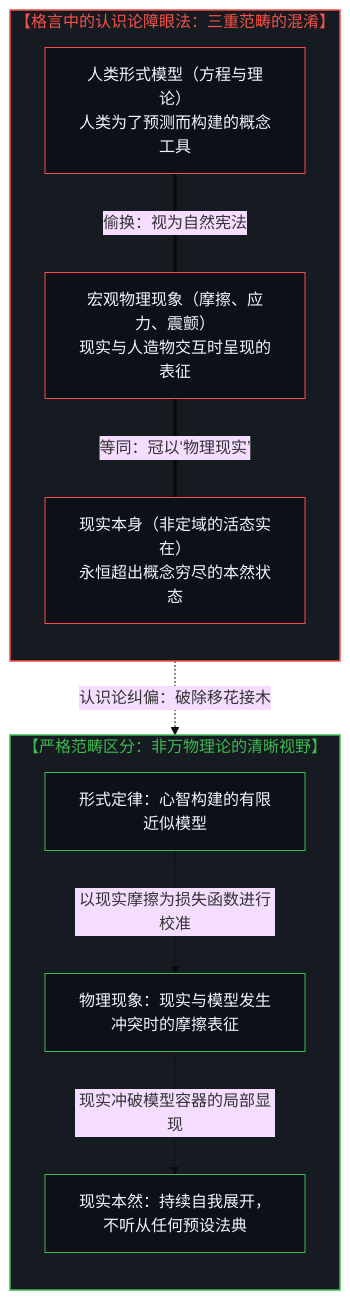
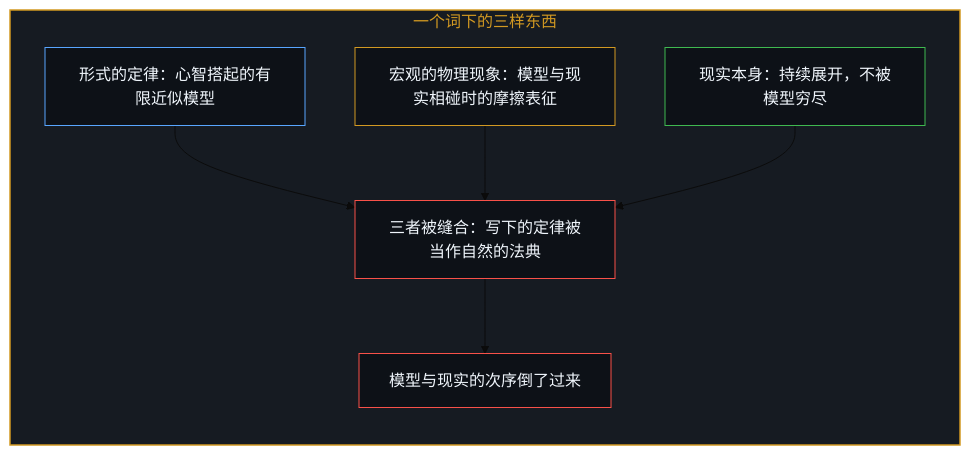
Before and after one commit to powerpig99/not-a-toe: the first of 10 diagrams in content/posts/the-sleight-of-hand-in-physics-is-the-law-and-the-friction-of-reality.md, drawn with Mermaid (base theme). The commit also changed other lines of this file and 2 other files, not shown here.

Commit message:
Refine the-sleight-of-hand-in-physics-is-the-law: alternating bilingual layout, five paired diagrams, the boundary of observation, implicit first person

````diff
--- a/content/posts/the-sleight-of-hand-in-physics-is-the-law-and-the-friction-of-reality.md
+++ b/content/posts/the-sleight-of-hand-in-physics-is-the-law-and-the-friction-of-reality.md
@@ -27,31 +21,22 @@
 ```mermaid
-graph TD
-    subgraph S_Confusion["【格言中的认识论障眼法：三重范畴的混淆】"]
+flowchart TD
+    subgraph S_Three["一个词下的三样东西"]
         direction TB
-        C1["人类形式模型（方程与理论）<br/>人类为了预测而构建的概念工具"]
-        C2["宏观物理现象（摩擦、应力、震颤）<br/>现实与人造物交互时呈现的表征"]
-        C3["现实本身（非定域的活态实在）<br/>永恒超出概念穷尽的本然状态"]
-        C1 ===|"偷换：视为自然宪法"| C2
-        C2 ===|"等同：冠以‘物理现实’"| C3
+        Model["形式的定律：心智搭起的有限近似模型"]
+        Phenomena["宏观的物理现象：模型与现实相碰时的摩擦表征"]
+        Reality["现实本身：持续展开，不被模型穷尽"]
+        Fused["三者被缝合：写下的定律被当作自然的法典"]
+        Order["模型与现实的次序倒了过来"]
+        Model --> Fused
+        Phenomena --> Fused
+        Reality --> Fused
+        Fused --> Order
     end
 
-    subgraph S_Clarity["【严格范畴区分：非万物理论的清晰视野】"]
-        direction TB
-        R1["形式定律：心智构建的有限近似模型"]
-        R2["物理现象：现实与模型发生冲突时的摩擦表征"]
-        R3["现实本然：持续自我展开，不听从任何预设法典"]
-        R1 -.->|"以现实摩擦为损失函数进行校准"| R2
-        R2 -.->|"现实冲破模型容器的局部显现"| R3
-    end
-
-    S_Confusion -.->|"认识论纠偏：破除移花接木"| S_Clarity
-
-    style S_Confusion fill:#161b22,stroke:#f85149,stroke-width:1.5px,color:#f85149
-    style S_Clarity fill:#161b22,stroke:#3fb950,stroke-width:1.5px,color:#3fb950
-    style C1 fill:#0d1117,stroke:#f85149,stroke-width:1px,color:#f0f6fc
-    style C2 fill:#0d1117,stroke:#f85149,stroke-width:1px,color:#f0f6fc
-    style C3 fill:#0d1117,stroke:#f85149,stroke-width:1px,color:#f0f6fc
-    style R1 fill:#0d1117,stroke:#3fb950,stroke-width:1px,color:#f0f6fc
-    style R2 fill:#0d1117,stroke:#3fb950,stroke-width:1px,color:#f0f6fc
-    style R3 fill:#0d1117,stroke:#3fb950,stroke-width:1px,color:#f0f6fc
+    style S_Three fill:#161b22,stroke:#d29922,stroke-width:1.5px,color:#d29922
+    style Model fill:#0d1117,stroke:#58a6ff,stroke-width:1px,color:#f0f6fc
+    style Phenomena fill:#0d1117,stroke:#d29922,stroke-width:1px,color:#f0f6fc
+    style Reality fill:#0d1117,stroke:#3fb950,stroke-width:1px,color:#f0f6fc
+    style Fused fill:#0d1117,stroke:#f85149,stroke-width:1px,color:#f0f6fc
+    style Order fill:#0d1117,stroke:#f85149,stroke-width:1px,color:#f0f6fc
 ```
````
